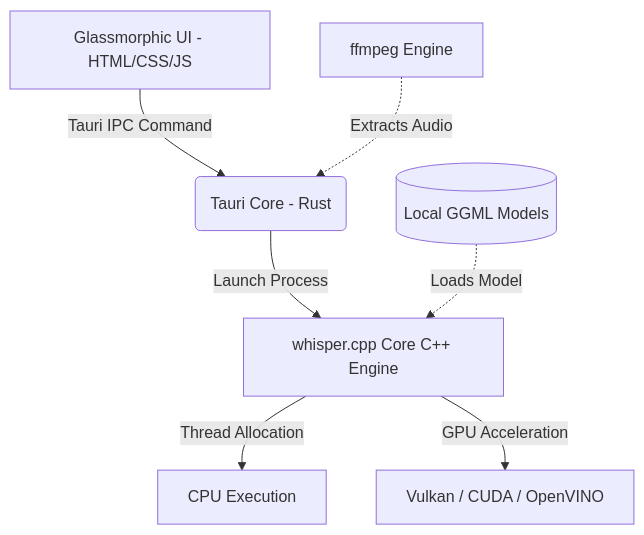
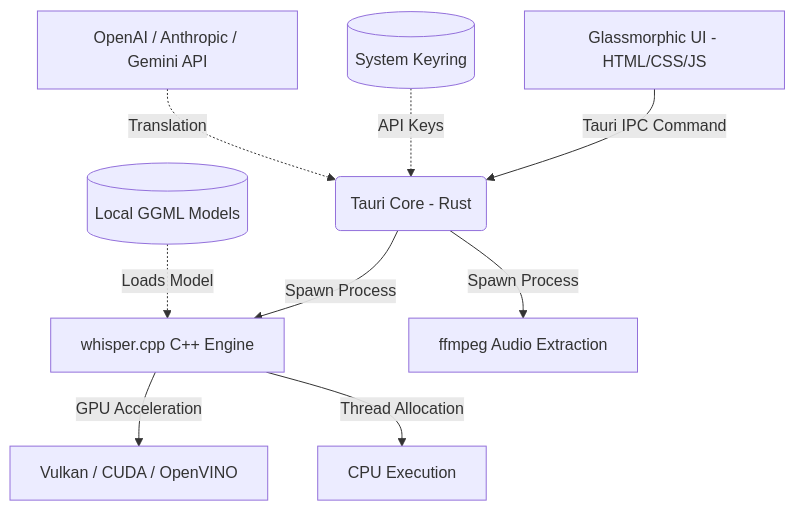
One commit to AtomicError/whisper-desktop changed the diagram in README.md. Above: the diagram before and after it, drawn with Mermaid. The commit also changed other lines of this file and 4 other files, not shown here.

````diff
--- a/README.md
+++ b/README.md
@@ -54,9 +56,11 @@
 ```mermaid
 graph TD
     A[Glassmorphic UI - HTML/CSS/JS] -->|Tauri IPC Command| B(Tauri Core - Rust)
-    B -->|Launch Process| C[whisper.cpp Core C++ Engine]
+    B -->|Spawn Process| C[whisper.cpp C++ Engine]
+    B -->|Spawn Process| G[ffmpeg Audio Extraction]
+    C -->|GPU Acceleration| E[Vulkan / CUDA / OpenVINO]
     C -->|Thread Allocation| D[CPU Execution]
-    C -->|GPU Acceleration| E[Vulkan / CUDA / OpenVINO]
     F[(Local GGML Models)] -.->|Loads Model| C
-    G[ffmpeg Engine] -.->|Extracts Audio| B
+    H[(System Keyring)] -.->|API Keys| B
+    I[OpenAI / Anthropic / Gemini API] -.->|Translation| B
 ```
````
